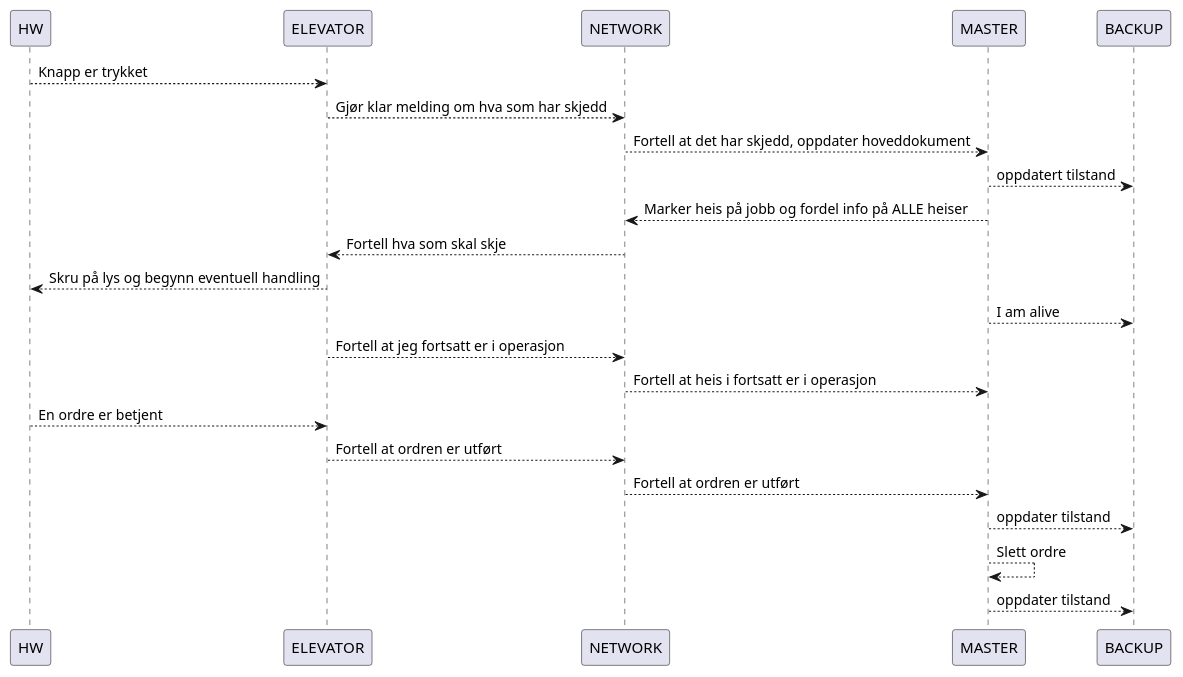
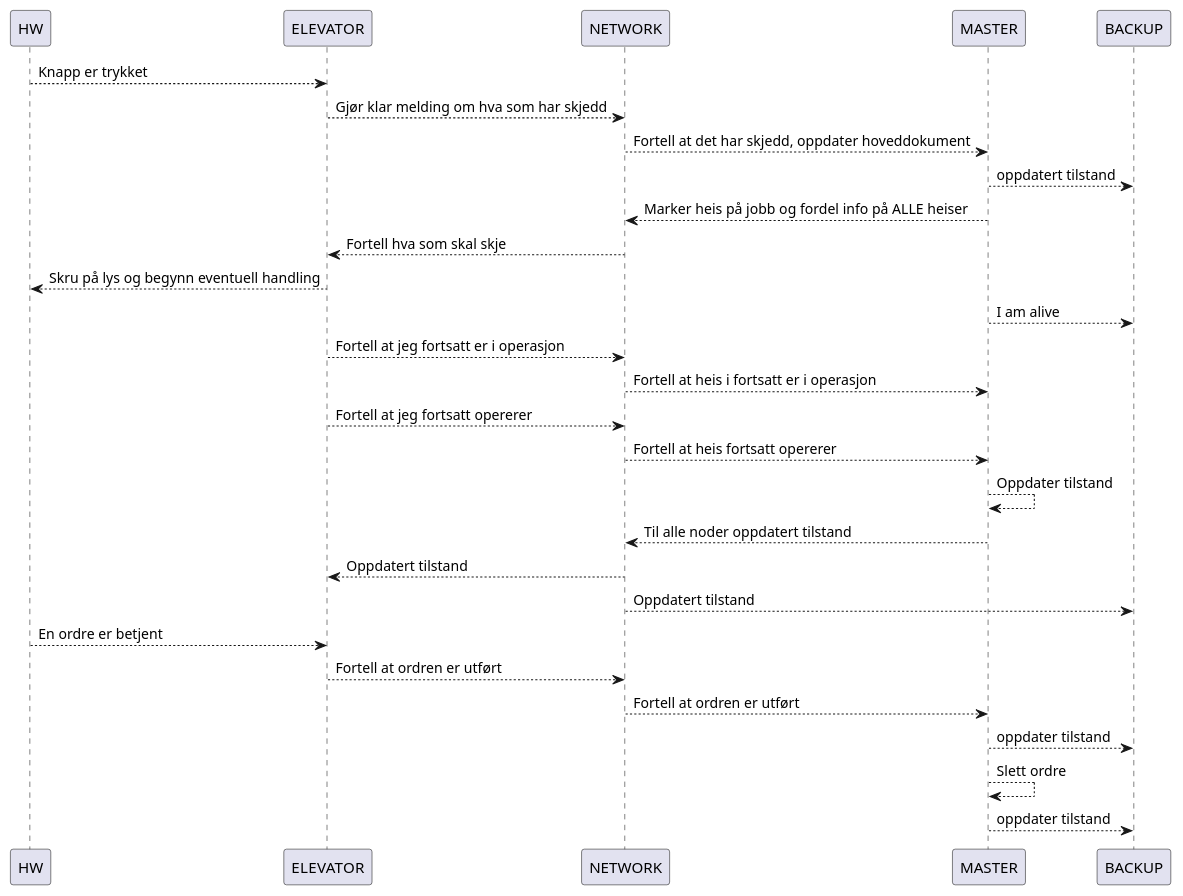
One commit to eivindhstray/Sanntid changed the diagram in Design/sekvens.plantuml. Above: the diagram before and after it, drawn with PlantUML.

Commit message:
added changes

```diff
--- a/Design/sekvens.plantuml
+++ b/Design/sekvens.plantuml
@@ -1,25 +1,31 @@
 @startuml
 
 
 HW --> ELEVATOR : Knapp er trykket
 ELEVATOR --> NETWORK : Gjør klar melding om hva som har skjedd
 NETWORK --> MASTER : Fortell at det har skjedd, oppdater hoveddokument
 MASTER --> BACKUP : oppdatert tilstand
 MASTER --> NETWORK : Marker heis på jobb og fordel info på ALLE heiser
 NETWORK --> ELEVATOR : Fortell hva som skal skje
 ELEVATOR --> HW : Skru på lys og begynn eventuell handling
 MASTER -->BACKUP : I am alive
 ELEVATOR --> NETWORK : Fortell at jeg fortsatt er i operasjon
 NETWORK --> MASTER : Fortell at heis i fortsatt er i operasjon
+ELEVATOR --> NETWORK : Fortell at jeg fortsatt opererer
+NETWORK --> MASTER : Fortell at heis fortsatt opererer
+MASTER --> MASTER : Oppdater tilstand
+MASTER --> NETWORK : Til alle noder oppdatert tilstand
+NETWORK --> ELEVATOR : Oppdatert tilstand
+NETWORK --> BACKUP : Oppdatert tilstand
 HW --> ELEVATOR : En ordre er betjent
 ELEVATOR --> NETWORK : Fortell at ordren er utført
 NETWORK --> MASTER : Fortell at ordren er utført
 MASTER --> BACKUP: oppdater tilstand
 MASTER --> MASTER : Slett ordre
 MASTER --> BACKUP : oppdater tilstand
 
 
 
 
 
 @enduml
```
